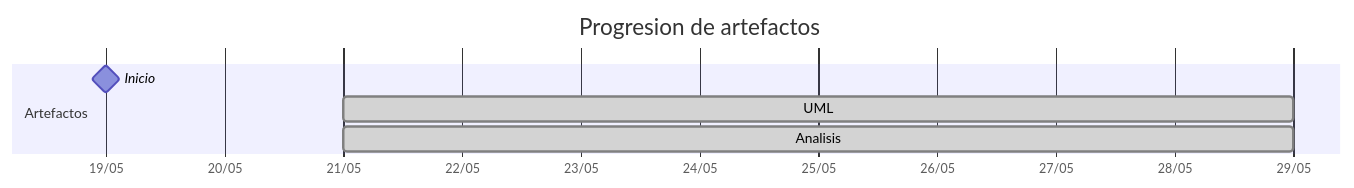
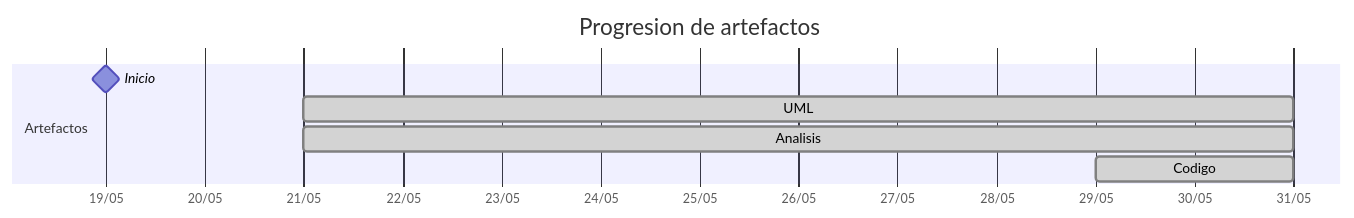
Before and after one commit to carlos-alvarado-25/25-26-idsw2-sdVC: the diagram in TIMELINES/liamanderson873.md, drawn with Mermaid. The commit also changed other lines of this file and 10 other files, not shown here.

````diff
--- a/TIMELINES/liamanderson873.md
+++ b/TIMELINES/liamanderson873.md
@@ -19,10 +19,11 @@
 ```mermaid
 gantt
     title Progresion de artefactos
     dateFormat YYYY-MM-DD
     axisFormat %d/%m
     section Artefactos
         Inicio       :milestone, 2026-05-19, 0d
-        UML          :done, 2026-05-21, 2026-05-29
-        Analisis     :done, 2026-05-21, 2026-05-29
+        UML          :done, 2026-05-21, 2026-05-31
+        Analisis     :done, 2026-05-21, 2026-05-31
+        Codigo       :done, 2026-05-29, 2026-05-31
 ```
````
